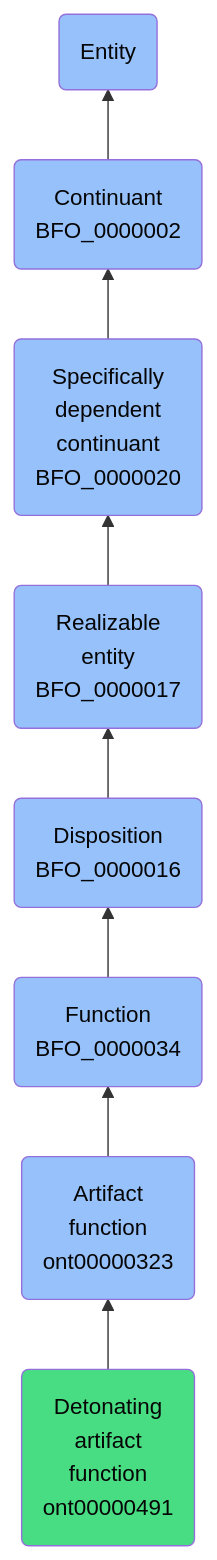
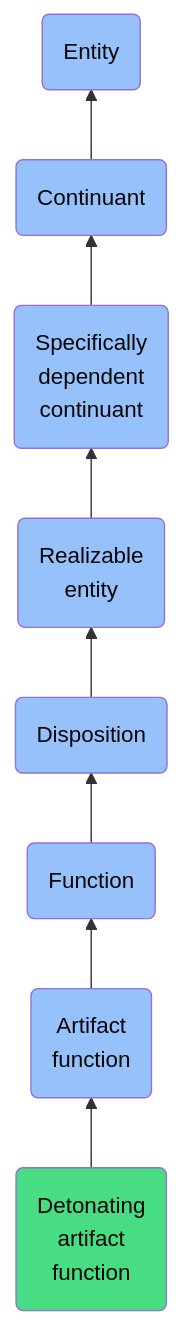
One commit to jupyter-naas/abi changed the diagram in docs/ontology/reference/model/Entity/Continuant/Specifically dependent continuant/Realizable entity/Disposition/Function/Artifact function/Detonating artifact function/Detonating artifact function.md. Above: the diagram before and after it, drawn with Mermaid. The commit also changed other lines of this file and 1430 other files, not shown here.

````diff
--- a/docs/ontology/reference/model/Entity/Continuant/Specifically dependent continuant/Realizable entity/Disposition/Function/Artifact function/Detonating artifact function/Detonating artifact function.md
+++ b/docs/ontology/reference/model/Entity/Continuant/Specifically dependent continuant/Realizable entity/Disposition/Function/Artifact function/Detonating artifact function/Detonating artifact function.md
@@ -24,15 +24,15 @@
 ```mermaid
 graph BT
-    ont00000491(Detonating<br>artifact<br>function<br>ont00000491):::ABI-->ont00000323
-    ont00000323(Artifact<br>function<br>ont00000323):::BFO-->BFO_0000034
-    BFO_0000034(Function<br>BFO_0000034):::BFO-->BFO_0000016
-    BFO_0000016(Disposition<br>BFO_0000016):::BFO-->BFO_0000017
-    BFO_0000017(Realizable<br>entity<br>BFO_0000017):::BFO-->BFO_0000020
-    BFO_0000020(Specifically<br>dependent<br>continuant<br>BFO_0000020):::BFO-->BFO_0000002
-    BFO_0000002(Continuant<br>BFO_0000002):::BFO-->BFO_0000001
+    ont00000491(Detonating<br>artifact<br>function):::ABI-->ont00000323
+    ont00000323(Artifact<br>function):::BFO-->BFO_0000034
+    BFO_0000034(Function):::BFO-->BFO_0000016
+    BFO_0000016(Disposition):::BFO-->BFO_0000017
+    BFO_0000017(Realizable<br>entity):::BFO-->BFO_0000020
+    BFO_0000020(Specifically<br>dependent<br>continuant):::BFO-->BFO_0000002
+    BFO_0000002(Continuant):::BFO-->BFO_0000001
     BFO_0000001(Entity):::BFO
     
     classDef BFO fill:#97c1fb,color:#060606
     classDef CCO fill:#e4c51e,color:#060606
     classDef ABI fill:#48DD82,color:#060606
 ```
````
